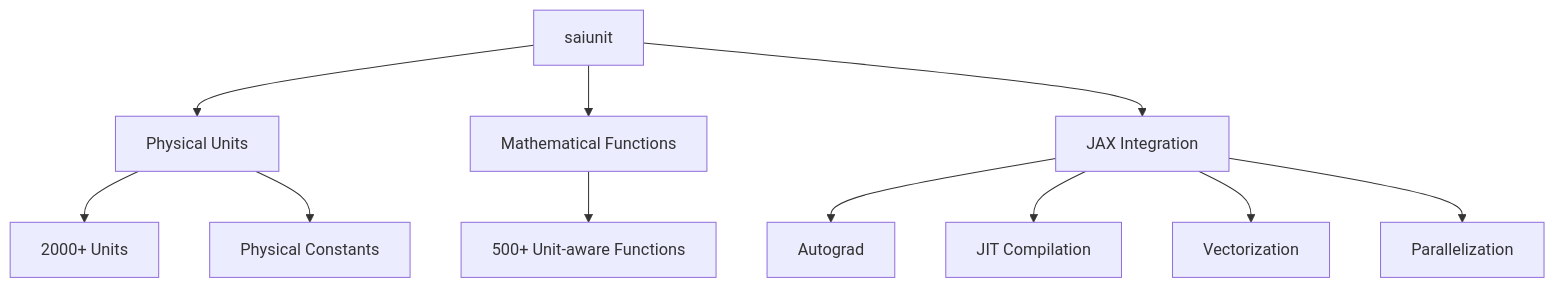
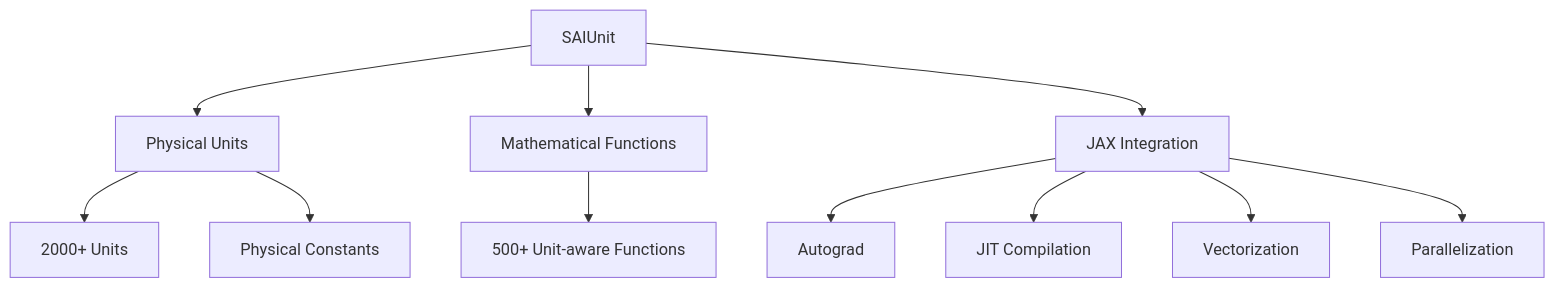
One commit to chaobrain/saiunit changed the diagram in README.md. Above: the diagram before and after it, drawn with Mermaid. The commit also changed other lines of this file and 2 other files, not shown here.

````diff
--- a/README.md
+++ b/README.md
@@ -46,13 +38,13 @@
 ```mermaid
 graph TD
-    A[saiunit] --> B[Physical Units]
+    A[SAIUnit] --> B[Physical Units]
     A --> C[Mathematical Functions]
     A --> D[JAX Integration]
     B --> B1[2000+ Units]
     B --> B2[Physical Constants]
     C --> C1[500+ Unit-aware Functions]
     D --> D1[Autograd]
     D --> D2[JIT Compilation]
     D --> D3[Vectorization]
     D --> D4[Parallelization]
 ```
````
